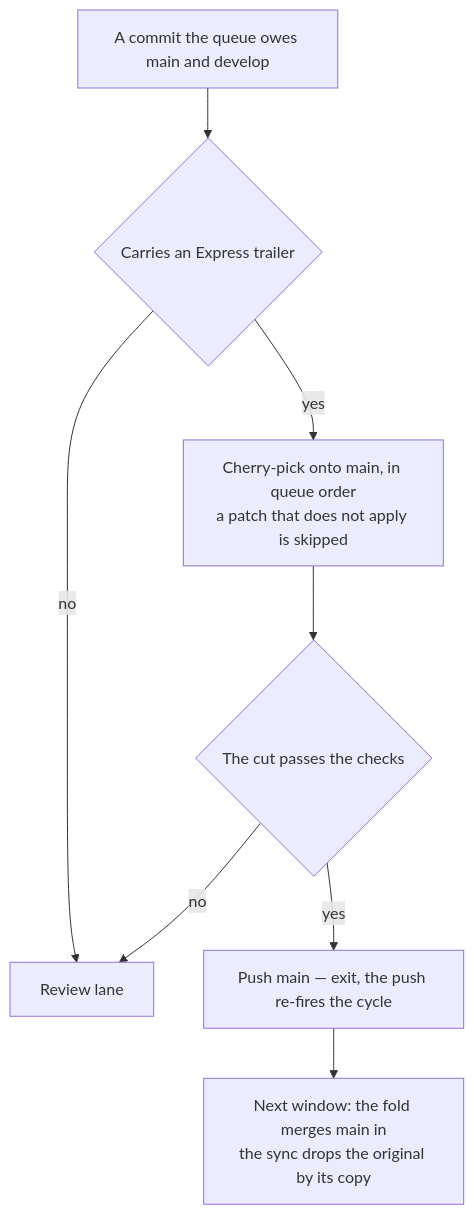
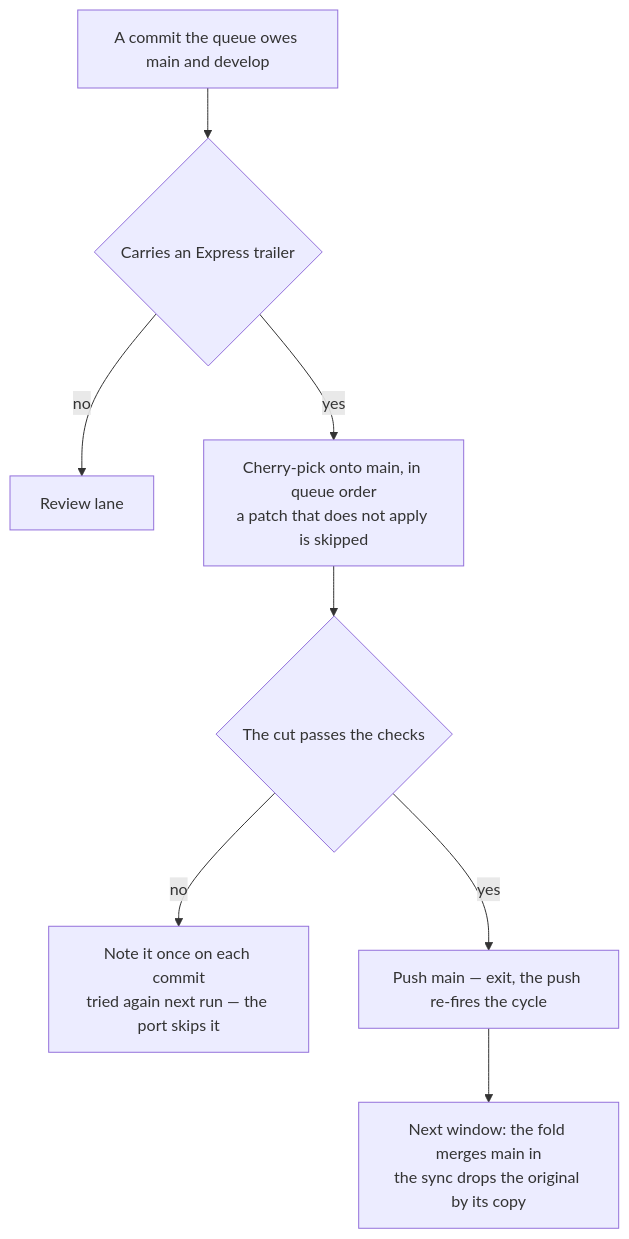
One commit to Esposter/Esposter changed the diagram in apps/web/content/docs/infra/review-collector/express-lane.md. Above: the diagram before and after it, drawn with Mermaid. The commit also changed other lines of this file and 9 other files, not shown here.

First line of the commit message:
fix(coderabbit): a commit claiming no review is the express lane's — the port skips it, and a red cut is told once on its commits

````diff
--- a/apps/web/content/docs/infra/review-collector/express-lane.md
+++ b/apps/web/content/docs/infra/review-collector/express-lane.md
@@ -19,10 +19,10 @@
 ```mermaid
 flowchart TD
   C[A commit the queue owes main and develop] --> T{Carries an Express trailer}
   T -->|no| RV[Review lane]
   T -->|yes| EX[Cherry-pick onto main, in queue order<br/>a patch that does not apply is skipped]
   EX --> V{The cut passes the checks}
-  V -->|no| RV
+  V -->|no| RD[Note it once on each commit<br/>tried again next run — the port skips it]
   V -->|yes| PU[Push main — exit, the push re-fires the cycle]
   PU --> FO[Next window: the fold merges main in<br/>the sync drops the original by its copy]
 ```
````
